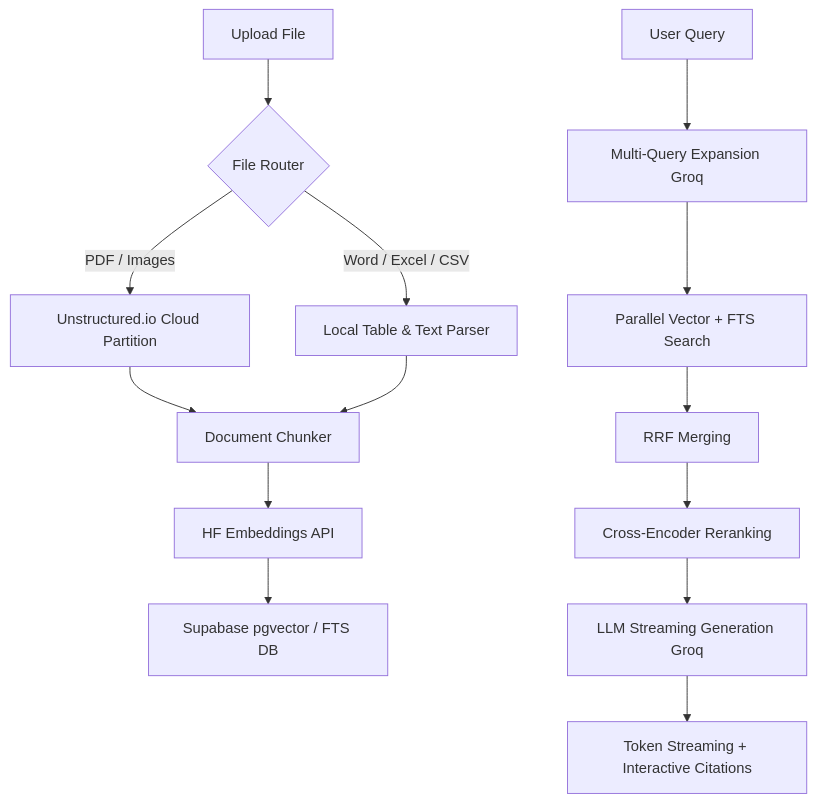
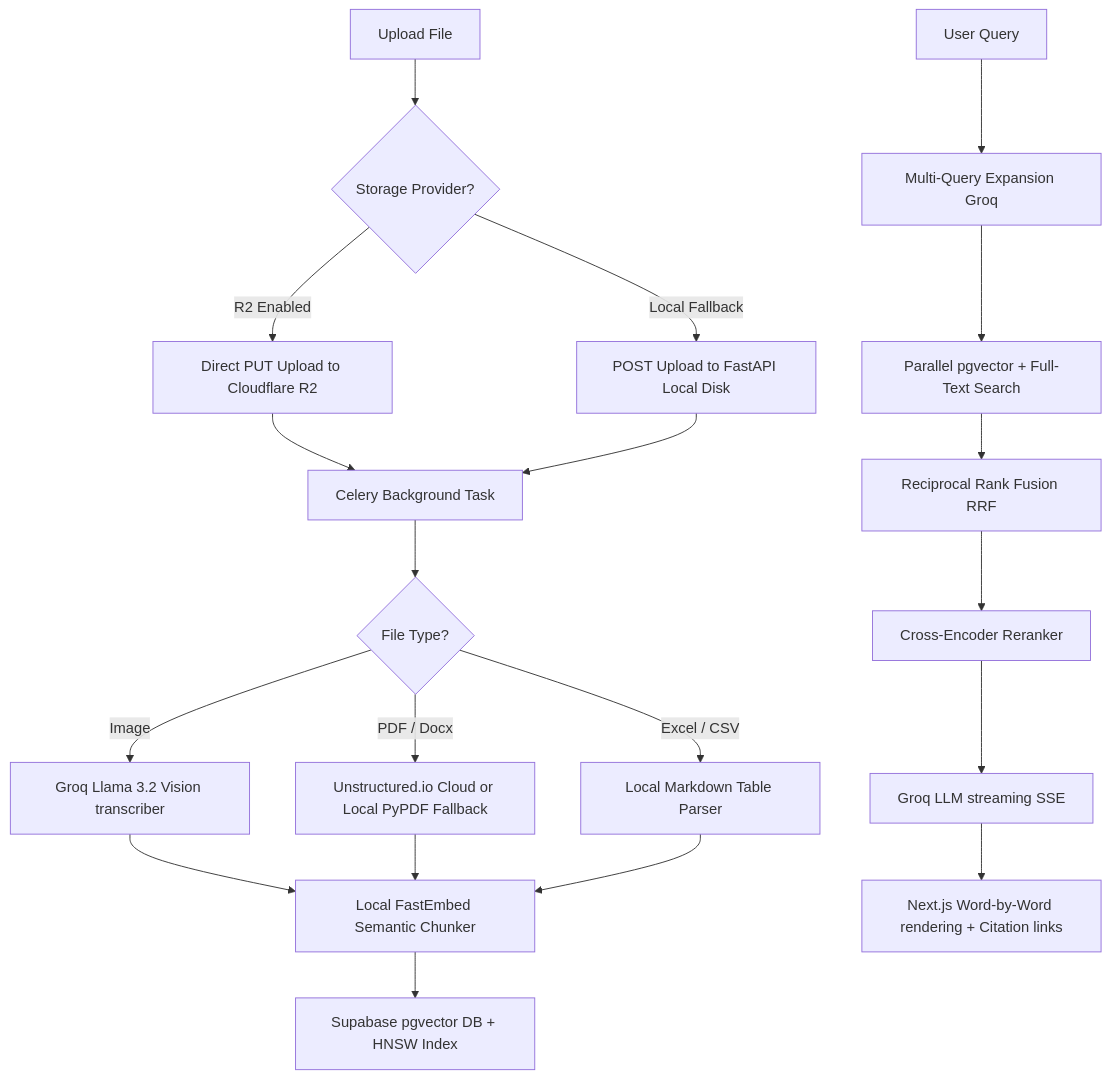
The diagram in README.md (rupamcreates/AetherRAG), drawn with Mermaid before and after one commit. The commit also changed other lines of this file and 13 other files, not shown here.

Commit message:
feat: implement stateless JWKS validation, direct R2 uploads, task polling, local semantic chunker, Groq Vision, local pypdf fallback, and HNSW pgvector index

````diff
--- a/README.md
+++ b/README.md
@@ -35,17 +30,23 @@
 ```mermaid
 graph TD
-    A[Upload File] --> B{File Router}
-    B -- PDF / Images --> C[Unstructured.io Cloud Partition]
-    B -- Word / Excel / CSV --> D[Local Table & Text Parser]
-    C --> E[Document Chunker]
+    A[Upload File] --> B{Storage Provider?}
+    B -- R2 Enabled --> C[Direct PUT Upload to Cloudflare R2]
+    B -- Local Fallback --> D[POST Upload to FastAPI Local Disk]
+    C --> E[Celery Background Task]
     D --> E
-    E --> F[HF Embeddings API]
-    F --> G[Supabase pgvector / FTS DB]
-    
-    H[User Query] --> I[Multi-Query Expansion Groq]
-    I --> J[Parallel Vector + FTS Search]
-    J --> K[RRF Merging]
-    K --> L[Cross-Encoder Reranking]
-    L --> M[LLM Streaming Generation Groq]
-    M --> N[Token Streaming + Interactive Citations]
+    E --> F{File Type?}
+    F -- Image --> G[Groq Llama 3.2 Vision transcriber]
+    F -- PDF / Docx --> H[Unstructured.io Cloud or Local PyPDF Fallback]
+    F -- Excel / CSV --> I[Local Markdown Table Parser]
+    G --> J[Local FastEmbed Semantic Chunker]
+    H --> J
+    I --> J
+    J --> K[Supabase pgvector DB + HNSW Index]
+
+    L[User Query] --> M[Multi-Query Expansion Groq]
+    M --> N[Parallel pgvector + Full-Text Search]
+    N --> O[Reciprocal Rank Fusion RRF]
+    O --> P[Cross-Encoder Reranker]
+    P --> Q[Groq LLM streaming SSE]
+    Q --> R[Next.js Word-by-Word rendering + Citation links]
 ```
````
